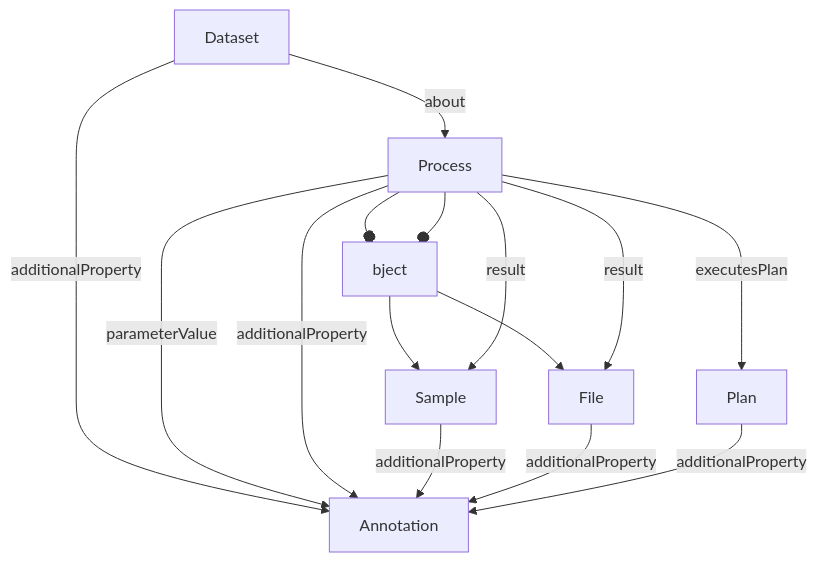
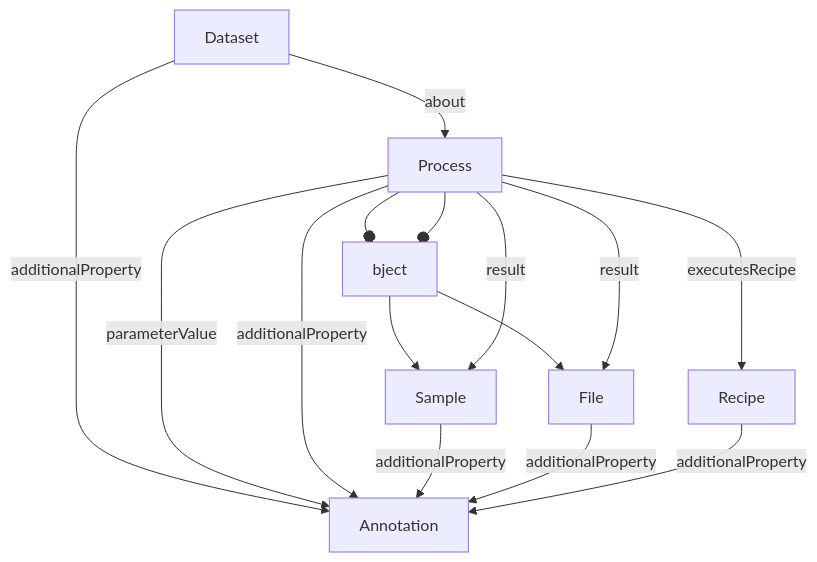
One commit to HLWeil/ProcessCore changed the third of 4 diagrams in docs/project/prior-art.md. Above: the diagram before and after it, drawn with Mermaid. The commit also changed 71 other files, not shown here.

Commit message:
rename plan to recipe

````diff
--- a/docs/project/prior-art.md
+++ b/docs/project/prior-art.md
@@ -72,15 +72,15 @@
 ```mermaid
 flowchart TD
     Dataset --about--> Process
     Dataset --additionalProperty--> Annotation
     Process --object--> Sample
     Process --object--> File
     Process --result--> Sample
     Process --result--> File
     Process --parameterValue--> Annotation
     Process --additionalProperty--> Annotation
-    Process --executesPlan--> Plan
+    Process --executesRecipe--> Recipe
     Sample --additionalProperty--> Annotation
     File --additionalProperty--> Annotation
-    Plan --additionalProperty--> Annotation
+    Recipe --additionalProperty--> Annotation
 ```
````
